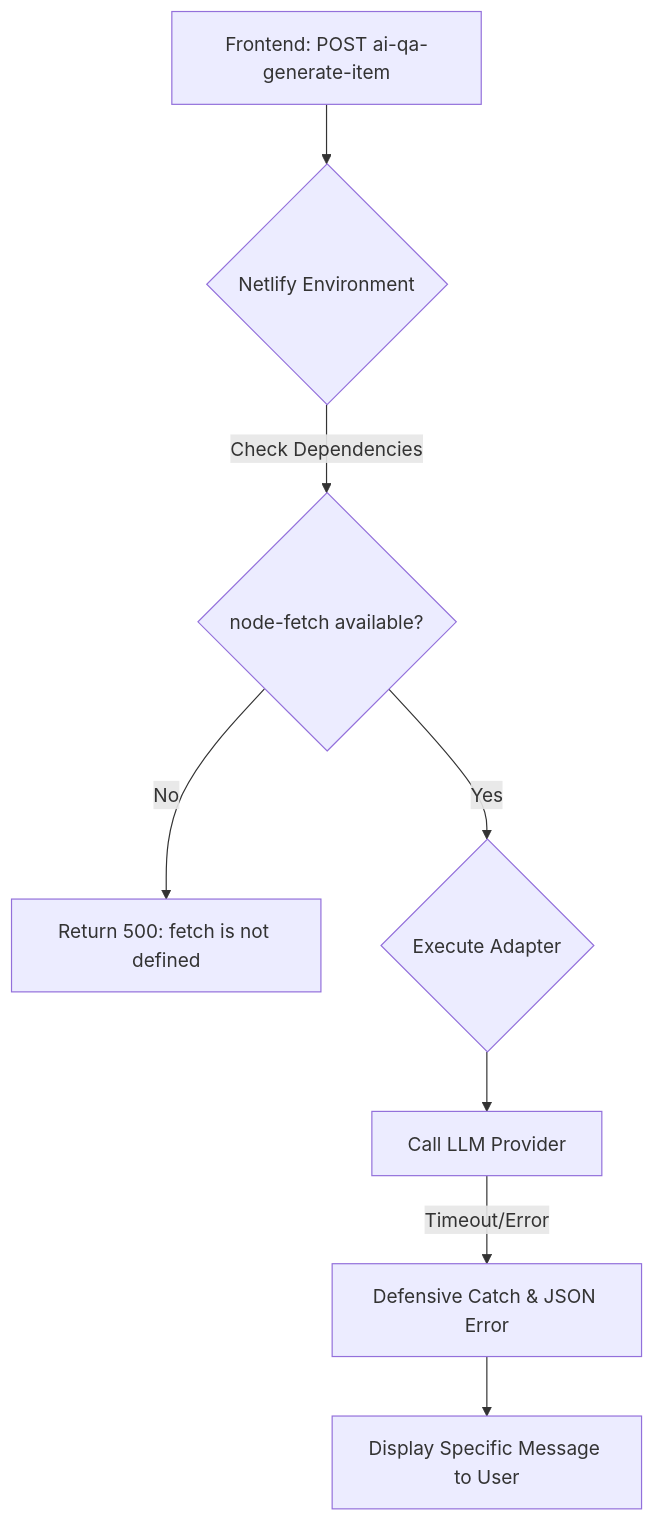
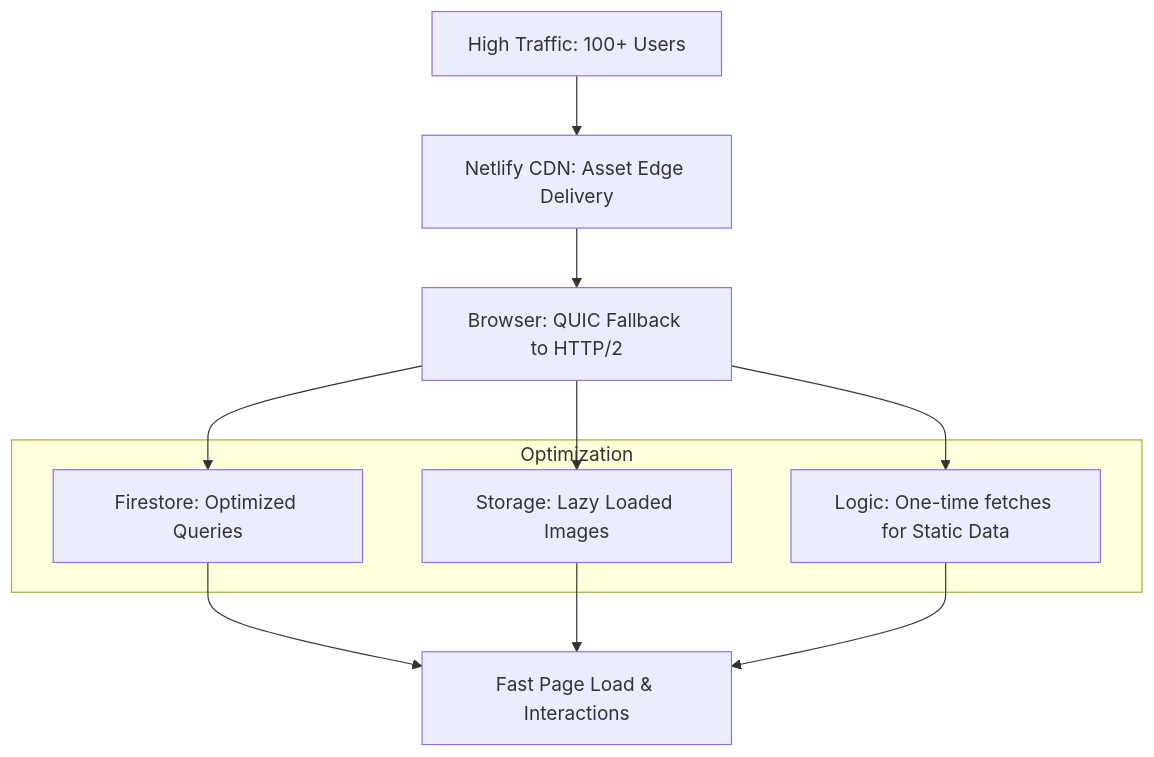
Before and after one commit to Suriya663/codez48-web-automation: the diagram in .artifacts/074f8ead-9721-4f77-87d0-951ebe4b1d7d/implementation_plan.artifact.md, drawn with Mermaid. The commit also changed other lines of this file and 12 other files, not shown here.

````diff
--- a/.artifacts/074f8ead-9721-4f77-87d0-951ebe4b1d7d/implementation_plan.artifact.md
+++ b/.artifacts/074f8ead-9721-4f77-87d0-951ebe4b1d7d/implementation_plan.artifact.md
@@ -7,11 +7,14 @@
 ```mermaid
 flowchart TD
-    A[Frontend: POST ai-qa-generate-item] --> B{Netlify Environment}
-    B -->|Check Dependencies| C{node-fetch available?}
-    C -->|No| D[Return 500: fetch is not defined]
-    C -->|Yes| E{Execute Adapter}
+    A[High Traffic: 100+ Users] --> B[Netlify CDN: Asset Edge Delivery]
+    B --> C[Browser: QUIC Fallback to HTTP/2]
 
-    E --> F[Call LLM Provider]
-    F -->|Timeout/Error| G[Defensive Catch & JSON Error]
-    G --> H[Display Specific Message to User]
+    subgraph Data Layer [Optimization]
+        D[Firestore: Optimized Queries]
+        E[Storage: Lazy Loaded Images]
+        F[Logic: One-time fetches for Static Data]
+    end
+
+    C --> D & E & F
+    D & E & F --> G[Fast Page Load & Interactions]
 ```
````
